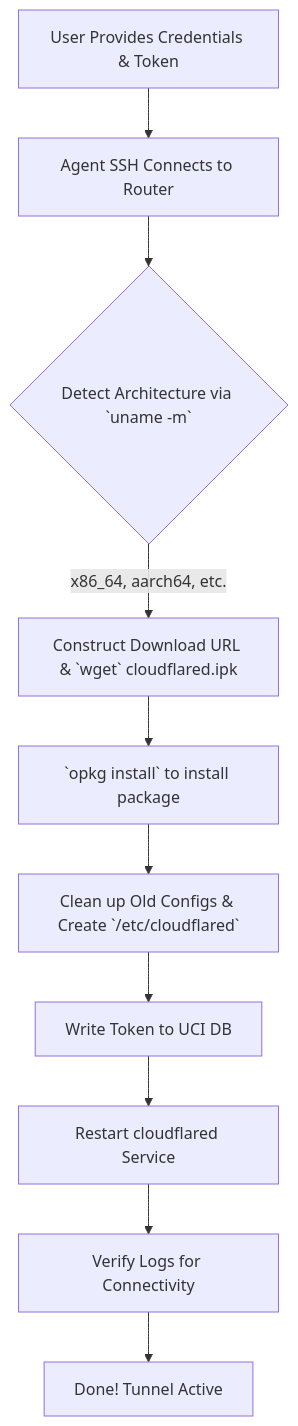
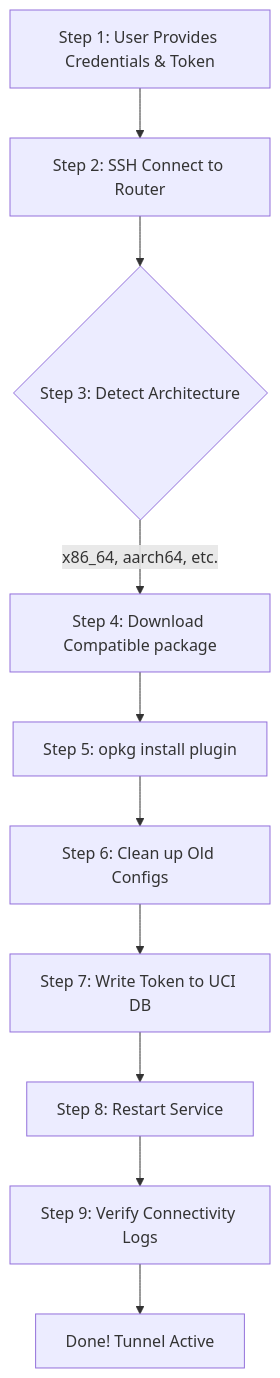
One commit to takedwind/cloudflare-tunnel-istoreos-skill changed the diagram in README.md. Above: the diagram before and after it, drawn with Mermaid. The commit also changed other lines of this file and 1 other file, not shown here.

Commit message:
docs: restructure READMEs to follow flowchart steps exactly

````diff
--- a/README.md
+++ b/README.md
@@ -9,12 +9,12 @@
 ```mermaid
 graph TD
-    A[User Provides Credentials & Token] --> B[Agent SSH Connects to Router]
-    B --> C{Detect Architecture via `uname -m`}
-    C -->|x86_64, aarch64, etc.| D[Construct Download URL & `wget` cloudflared.ipk]
-    D --> E[`opkg install` to install package]
-    E --> F[Clean up Old Configs & Create `/etc/cloudflared`]
-    F --> G[Write Token to UCI DB]
-    G --> H[Restart cloudflared Service]
-    H --> I[Verify Logs for Connectivity]
+    A[Step 1: User Provides Credentials & Token] --> B[Step 2: SSH Connect to Router]
+    B --> C{Step 3: Detect Architecture}
+    C -->|x86_64, aarch64, etc.| D[Step 4: Download Compatible package]
+    D --> E[Step 5: opkg install plugin]
+    E --> F[Step 6: Clean up Old Configs]
+    F --> G[Step 7: Write Token to UCI DB]
+    G --> H[Step 8: Restart Service]
+    H --> I[Step 9: Verify Connectivity Logs]
     I --> J[Done! Tunnel Active]
 ```
````
